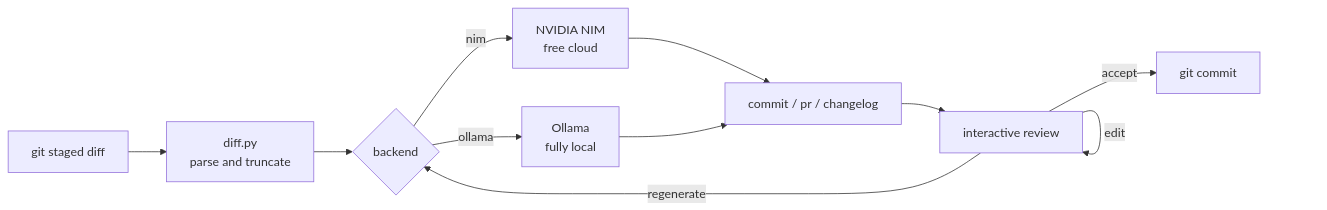
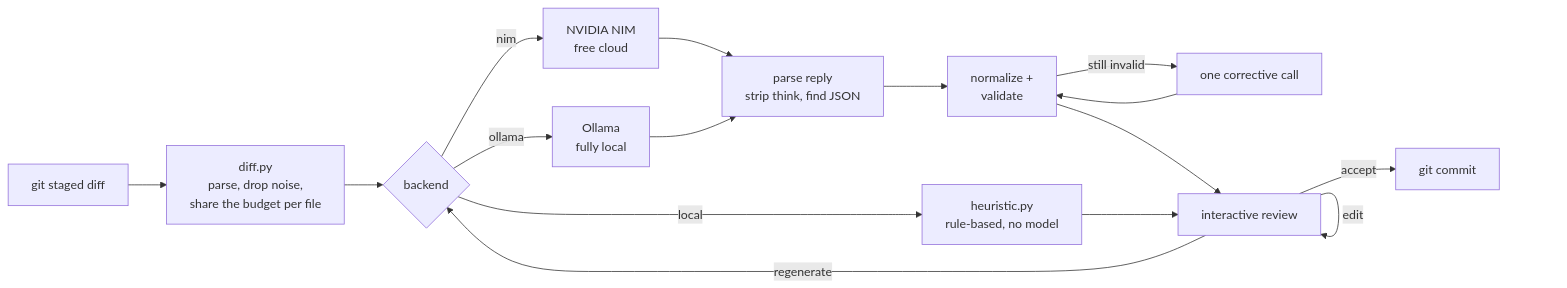
The first of 2 diagrams in README.md (AleBrito124356/ai-commit), drawn with Mermaid before and after one commit. The commit also changed other lines of this file and 4 other files, not shown here.

````diff
--- a/README.md
+++ b/README.md
@@ -21,13 +68,18 @@
 ```mermaid
 flowchart LR
-    A[git staged diff] --> B[diff.py<br/>parse and truncate]
+    A[git staged diff] --> B[diff.py<br/>parse, drop noise,<br/>share the budget per file]
     B --> C{backend}
     C -->|nim| D[NVIDIA NIM<br/>free cloud]
     C -->|ollama| E[Ollama<br/>fully local]
-    D --> F[commit / pr / changelog]
-    E --> F
-    F --> G[interactive review]
+    C -->|local| L[heuristic.py<br/>rule-based, no model]
+    D --> P[parse reply<br/>strip think, find JSON]
+    E --> P
+    P --> N[normalize +<br/>validate]
+    N -->|still invalid| R[one corrective call]
+    R --> N
+    N --> G[interactive review]
+    L --> G
     G -->|accept| H[git commit]
     G -->|edit| G
     G -->|regenerate| C
 ```
````
